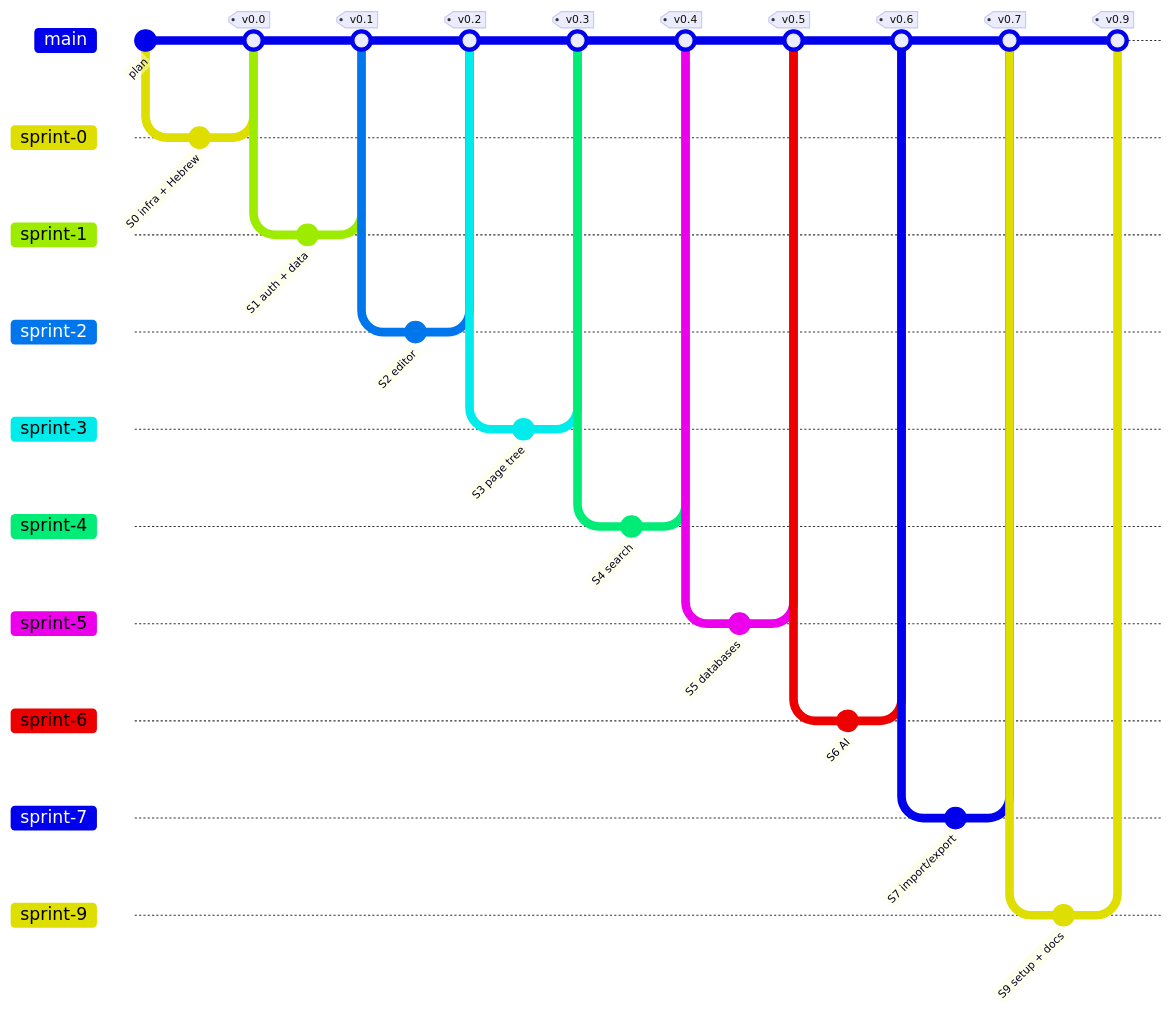
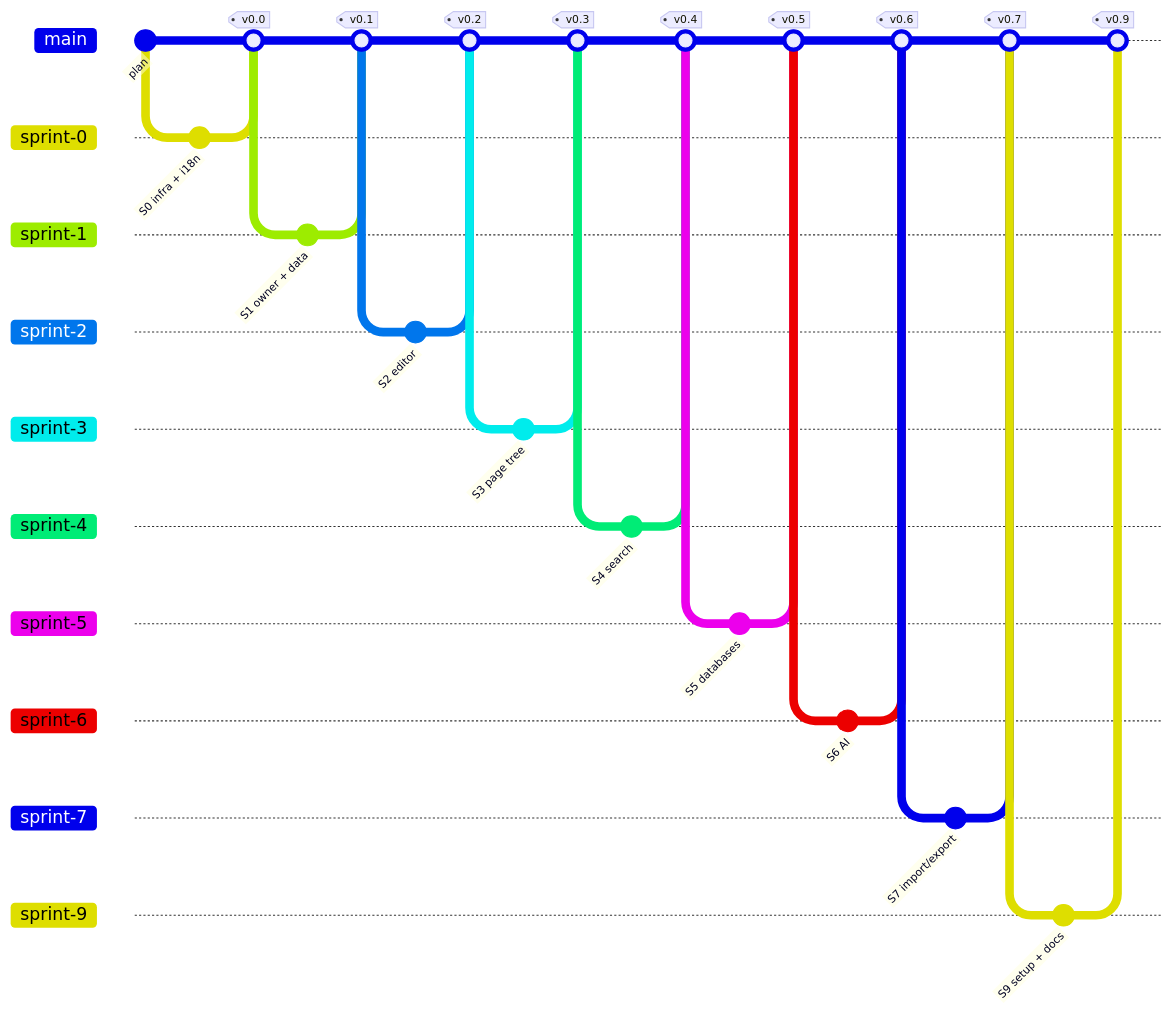
Before and after one commit to liormedan/mynoteai: the diagram in README.md, drawn with Mermaid. The commit also changed other lines of this file and 4 other files, not shown here.

````diff
--- a/README.md
+++ b/README.md
@@ -39,40 +50,40 @@
 ```mermaid
 gitGraph
   commit id: "plan"
   branch sprint-0
-  commit id: "S0 infra + Hebrew"
+  commit id: "S0 infra + i18n"
   checkout main
   merge sprint-0 tag: "v0.0"
   branch sprint-1
-  commit id: "S1 auth + data"
+  commit id: "S1 owner + data"
   checkout main
   merge sprint-1 tag: "v0.1"
   branch sprint-2
   commit id: "S2 editor"
   checkout main
   merge sprint-2 tag: "v0.2"
   branch sprint-3
   commit id: "S3 page tree"
   checkout main
   merge sprint-3 tag: "v0.3"
   branch sprint-4
   commit id: "S4 search"
   checkout main
   merge sprint-4 tag: "v0.4"
   branch sprint-5
   commit id: "S5 databases"
   checkout main
   merge sprint-5 tag: "v0.5"
   branch sprint-6
   commit id: "S6 AI"
   checkout main
   merge sprint-6 tag: "v0.6"
   branch sprint-7
   commit id: "S7 import/export"
   checkout main
   merge sprint-7 tag: "v0.7"
   branch sprint-9
   commit id: "S9 setup + docs"
   checkout main
   merge sprint-9 tag: "v0.9"
 ```
````
